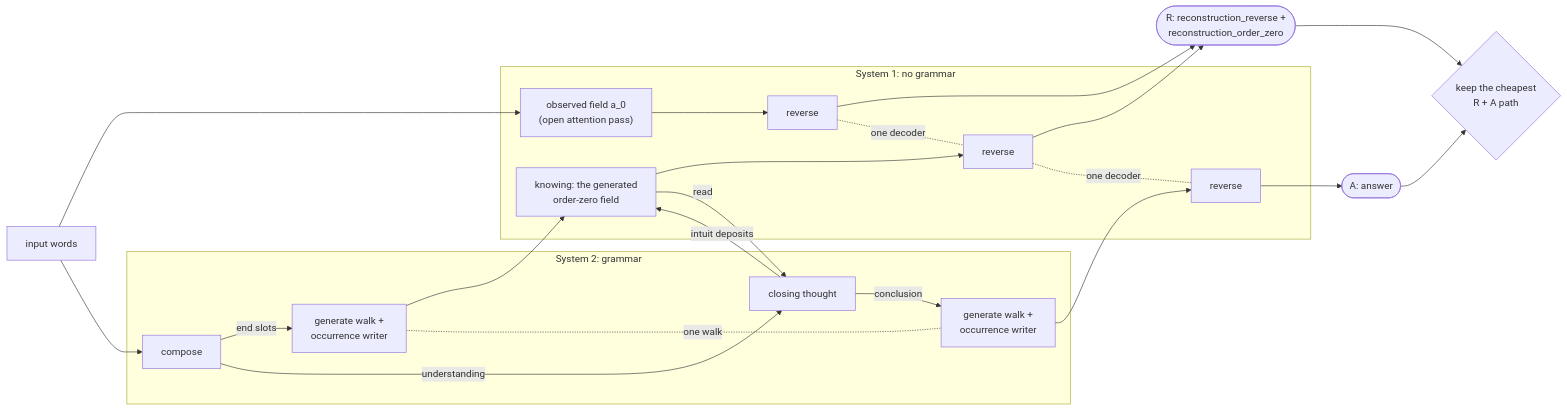
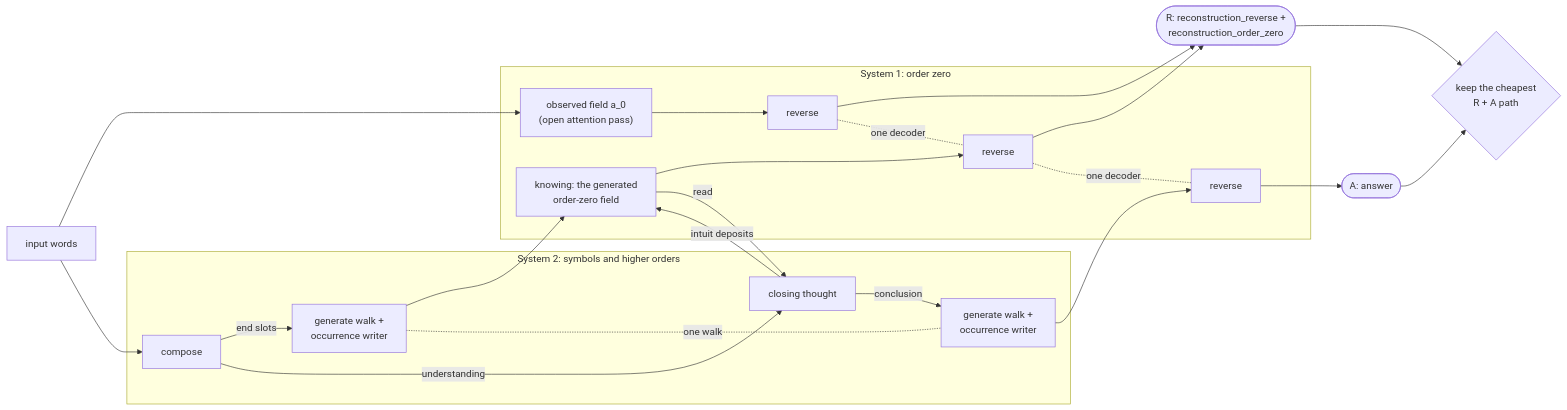
One commit to arborrhythms/BasicModel changed the diagram in doc/Architecture.md. Above: the diagram before and after it, drawn with Mermaid. The commit also changed other lines of this file and 2 other files, not shown here.

First line of the commit message:
Docs: the two systems are divided at symbols, not at grammar

````diff
--- a/doc/Architecture.md
+++ b/doc/Architecture.md
@@ -2888,34 +2889,34 @@
 ```mermaid
 flowchart LR
   IN["input words"]
-  subgraph S1["System 1: no grammar"]
+  subgraph S1["System 1: order zero"]
     F["observed field a_0<br/>(open attention pass)"]
     K["knowing: the generated<br/>order-zero field"]
     V1["reverse"]
     V2["reverse"]
     V3["reverse"]
   end
-  subgraph S2["System 2: grammar"]
+  subgraph S2["System 2: symbols and higher orders"]
     C["compose"]
     G1["generate walk +<br/>occurrence writer"]
     T["closing thought"]
     G2["generate walk +<br/>occurrence writer"]
   end
   R(["R: reconstruction_reverse +<br/>reconstruction_order_zero"])
   A(["A: answer"])
   KEEP{"keep the cheapest<br/>R + A path"}
   IN --> F
   IN --> C
   F --> V1 --> R
   C -->|"end slots"| G1 --> K
   K --> V2 --> R
   C -->|"understanding"| T
   K -->|"read"| T
   T -->|"intuit deposits"| K
   T -->|"conclusion"| G2 --> V3 --> A
   R --> KEEP
   A --> KEEP
   V1 -.-|"one decoder"| V2
   V2 -.-|"one decoder"| V3
   G1 -.-|"one walk"| G2
 ```
````
